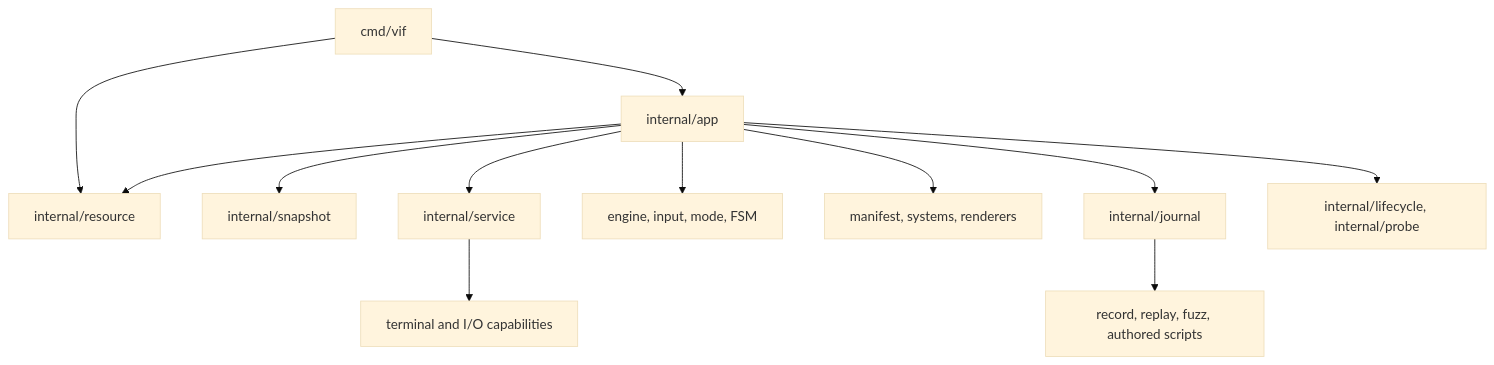
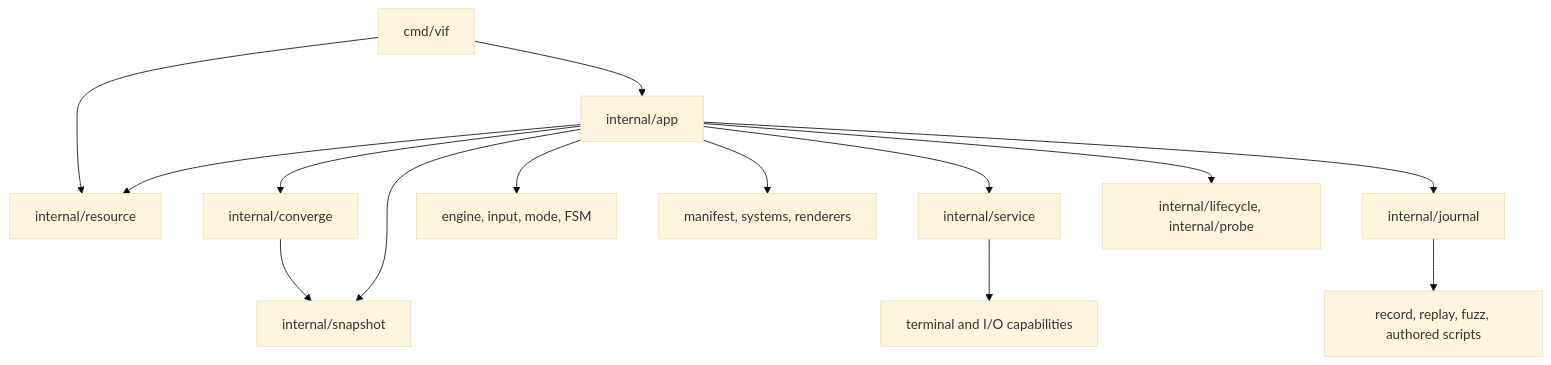
The first of 4 diagrams in doc/package-map.md (lixenwraith/vi-fighter), drawn with Mermaid (base theme) before and after one commit. The commit also changed other lines of this file and 30 other files, not shown here.

````diff
--- a/doc/package-map.md
+++ b/doc/package-map.md
@@ -9,14 +9,16 @@
 ```mermaid
 flowchart TD
     Vif["cmd/vif"] --> App["internal/app"]
     Vif --> Resource["internal/resource"]
     App --> Resource
-    App --> Snapshot["internal/snapshot"]
+    App --> Converge["internal/converge"]
+    Converge --> Snapshot["internal/snapshot"]
+    App --> Snapshot
     App --> Services["internal/service"]
     App --> Runtime["engine, input, mode, FSM"]
     App --> Assembly["manifest, systems, renderers"]
     App --> Journal["internal/journal"]
     App --> Supervised["internal/lifecycle, internal/probe"]
     Journal --> Streams["record, replay, fuzz, authored scripts"]
     Services --> External["terminal and I/O capabilities"]
 ```
````
